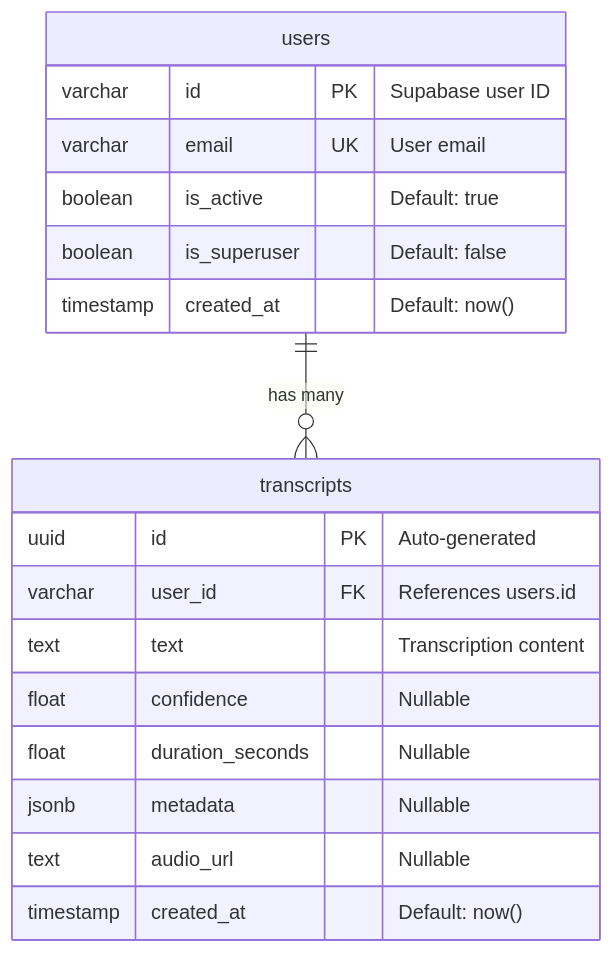
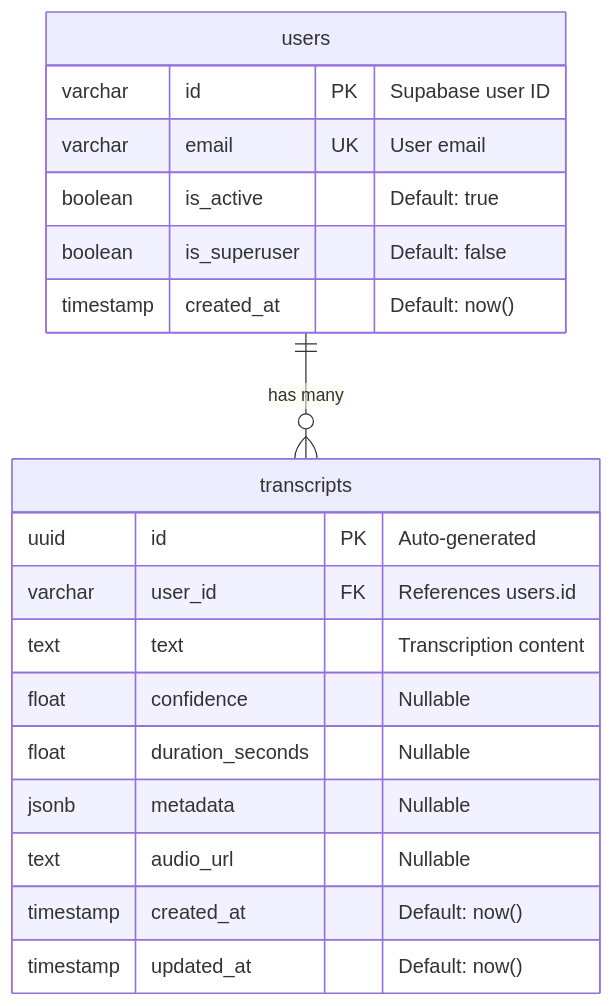
Before and after one commit to AbhiramVSA/zepp: the second of 2 diagrams in README.md, drawn with Mermaid. The commit also changed other lines of this file, not shown here.

````diff
--- a/README.md
+++ b/README.md
@@ -306,21 +289,22 @@
 ```mermaid
 erDiagram
     users {
         varchar id PK "Supabase user ID"
         varchar email UK "User email"
         boolean is_active "Default: true"
         boolean is_superuser "Default: false"
         timestamp created_at "Default: now()"
     }
     transcripts {
         uuid id PK "Auto-generated"
         varchar user_id FK "References users.id"
         text text "Transcription content"
         float confidence "Nullable"
         float duration_seconds "Nullable"
         jsonb metadata "Nullable"
         text audio_url "Nullable"
         timestamp created_at "Default: now()"
+        timestamp updated_at "Default: now()"
     }
     users ||--o{ transcripts : "has many"
 ```
````
